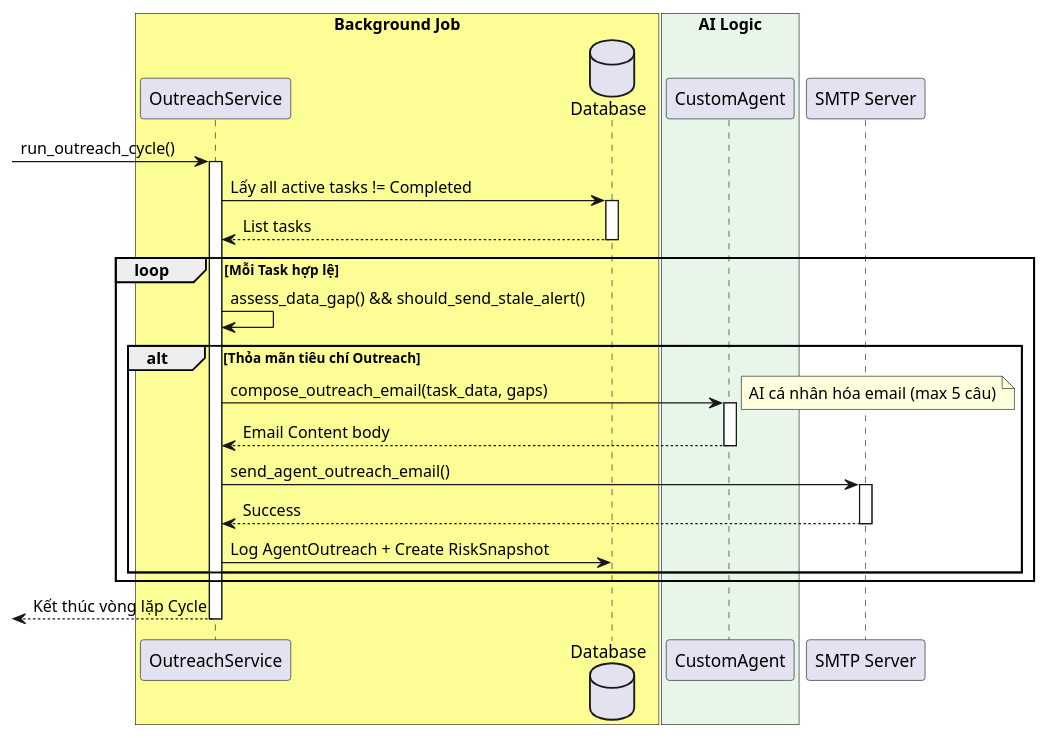
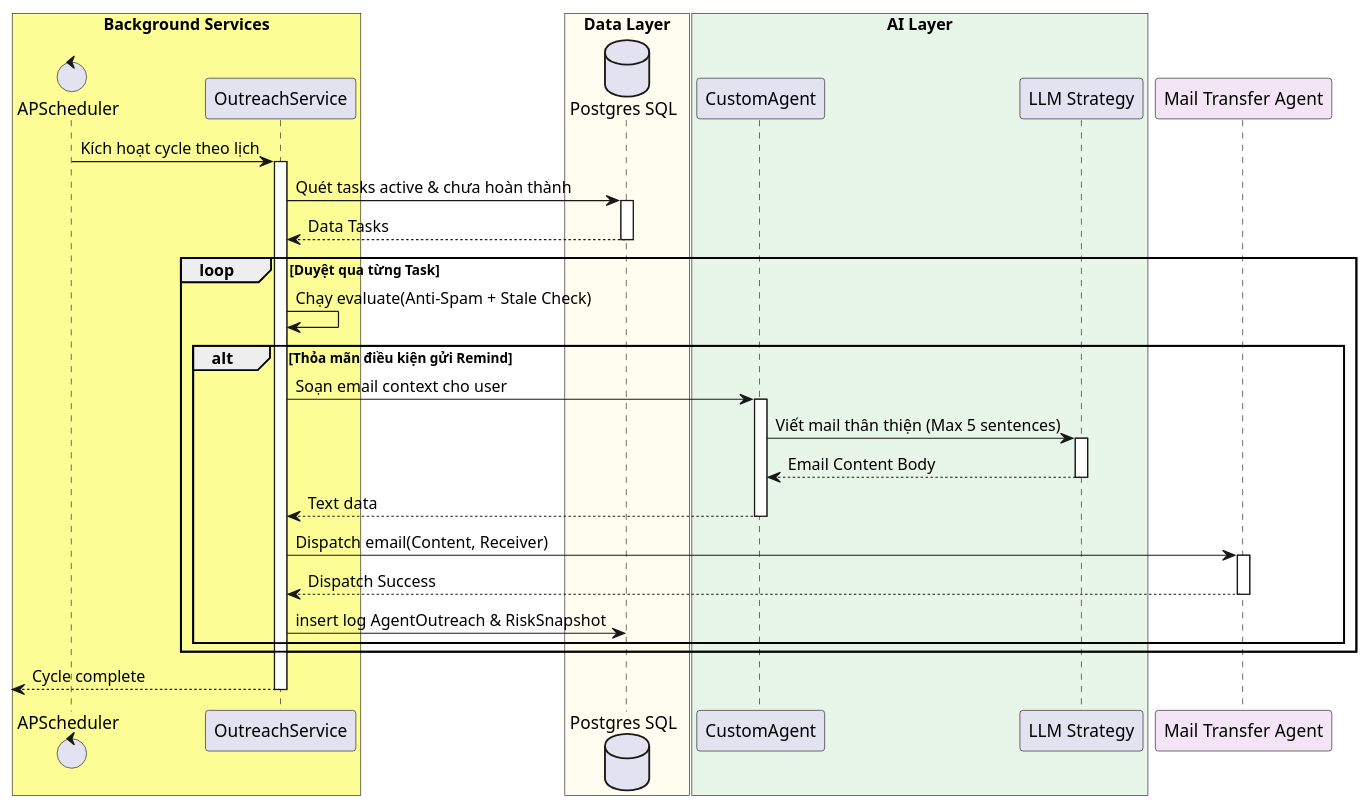
Before and after one commit to daFoggo/Agentick: the fifth of 5 diagrams in docs/04_ai_agent_services.md, drawn with PlantUML. The commit also changed other lines of this file and 133 other files, not shown here.

````diff
--- a/docs/04_ai_agent_services.md
+++ b/docs/04_ai_agent_services.md
@@ -301,47 +381,55 @@
 ```plantuml
 @startuml
 skinparam shadowing false
 
-box "Background Job" #FDFD96
+box "Background Services" #FDFD96
+    control "APScheduler" as SCH
     participant "OutreachService" as OS
-    database "Database" as DB
 end box
 
-box "AI Logic" #E8F5E9
-    participant "CustomAgent" as CA
+box "Data Layer" #FFFDF0
+    database "Postgres SQL" as DB
 end box
 
-participant "SMTP Server" as MAIL
+box "AI Layer" #E8F5E9
+    participant "CustomAgent" as CA
+    participant "LLM Strategy" as LLM
+end box
 
-[-> OS : run_outreach_cycle()
+participant "Mail Transfer Agent" as SMTP #F3E5F5
+
+SCH -> OS : Kích hoạt cycle theo lịch
 activate OS
 
-OS -> DB : Lấy all active tasks != Completed
+OS -> DB : Quét tasks active & chưa hoàn thành
 activate DB
-DB --> OS : List tasks
+DB --> OS : Data Tasks
 deactivate DB
 
-loop Mỗi Task hợp lệ
-    OS -> OS : assess_data_gap() && should_send_stale_alert()
+loop Duyệt qua từng Task
+    OS -> OS : Chạy evaluate(Anti-Spam + Stale Check)
     
-    alt Thỏa mãn tiêu chí Outreach
-        OS -> CA : compose_outreach_email(task_data, gaps)
+    alt Thỏa mãn điều kiện gửi Remind
+        OS -> CA : Soạn email context cho user
         activate CA
-        note right: AI cá nhân hóa email (max 5 câu)
-        CA --> OS : Email Content body
+        CA -> LLM : Viết mail thân thiện (Max 5 sentences)
+        activate LLM
+        LLM --> CA : Email Content Body
+        deactivate LLM
+        CA --> OS : Text data
         deactivate CA
         
-        OS -> MAIL : send_agent_outreach_email()
-        activate MAIL
-        MAIL --> OS : Success
-        deactivate MAIL
+        OS -> SMTP : Dispatch email(Content, Receiver)
+        activate SMTP
+        SMTP --> OS : Dispatch Success
+        deactivate SMTP
         
-        OS -> DB : Log AgentOutreach + Create RiskSnapshot
+        OS -> DB : insert log AgentOutreach & RiskSnapshot
     end
 end
 
-[<-- OS : Kết thúc vòng lặp Cycle
+[<-- OS : Cycle complete
 deactivate OS
 
 @enduml
 ```
````
